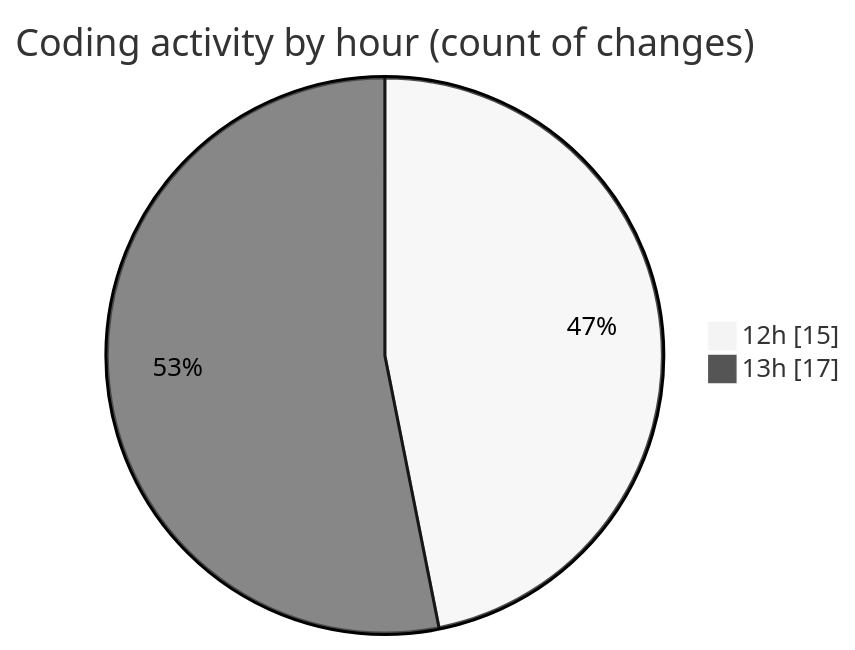
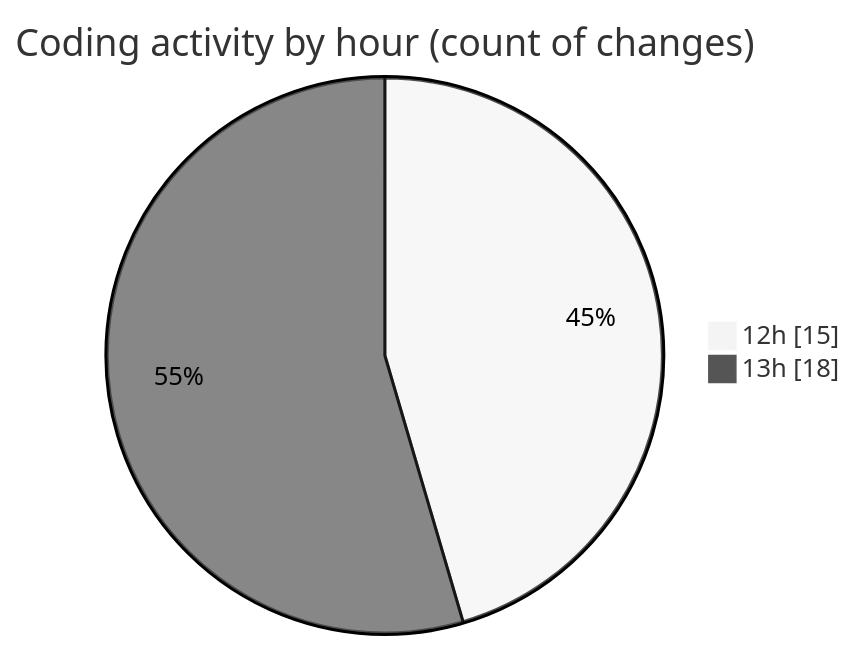
Before and after one commit to donsfak/code-tracking: the second of 2 diagrams in 2025-03-27/wordle/README.md, drawn with Mermaid (neutral theme). The commit also changed other lines of this file and 1 other file, not shown here.

````diff
--- a/2025-03-27/wordle/README.md
+++ b/2025-03-27/wordle/README.md
@@ -37,6 +37,6 @@
 ```mermaid
 pie showData
 title Coding activity by hour (count of changes)
 "12h" : 15
-"13h" : 17
+"13h" : 18
 ```
````
